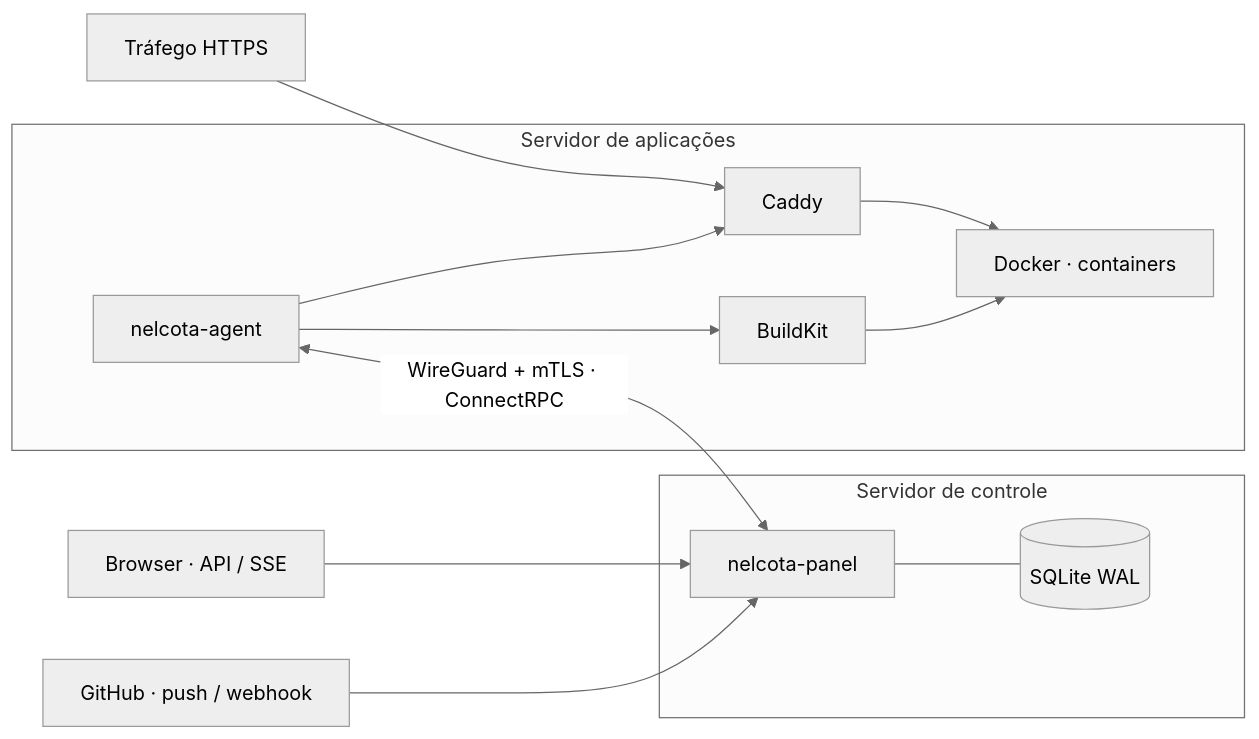
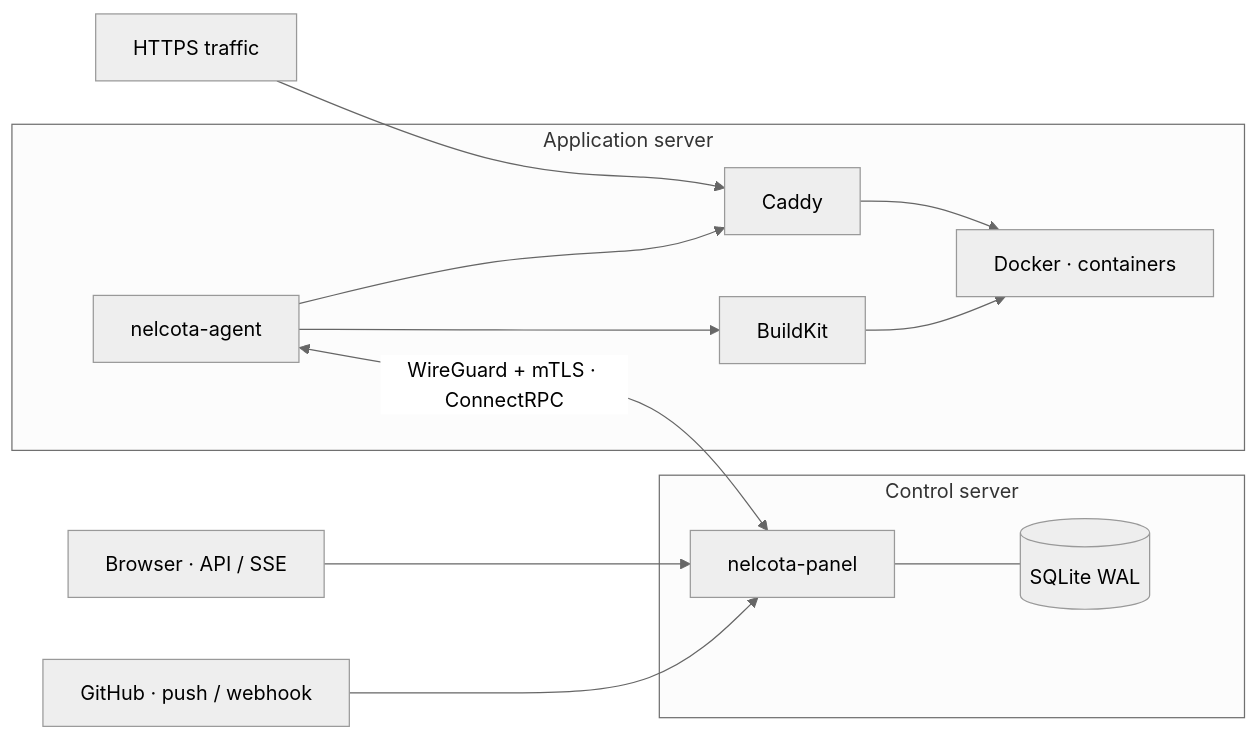
One commit to Nelcota/NelcotaDeploy changed the diagram in README.md. Above: the diagram before and after it, drawn with Mermaid (neutral theme). The commit also changed other lines of this file and 95 other files, not shown here.

````diff
--- a/README.md
+++ b/README.md
@@ -47,16 +47,16 @@
 ```mermaid
 flowchart LR
     GH[GitHub · push / webhook] --> P
     U[Browser · API / SSE] --> P
-    subgraph CONTROL[Servidor de controle]
+    subgraph CONTROL[Control server]
         P[nelcota-panel] --- DB[(SQLite WAL)]
     end
-    subgraph APPS[Servidor de aplicações]
+    subgraph APPS[Application server]
         A[nelcota-agent] --> B[BuildKit]
         B --> D[Docker · containers]
         A --> C[Caddy]
         C --> D
     end
     A <-->|WireGuard + mTLS · ConnectRPC| P
-    WEB[Tráfego HTTPS] --> C
+    WEB[HTTPS traffic] --> C
 ```
````
